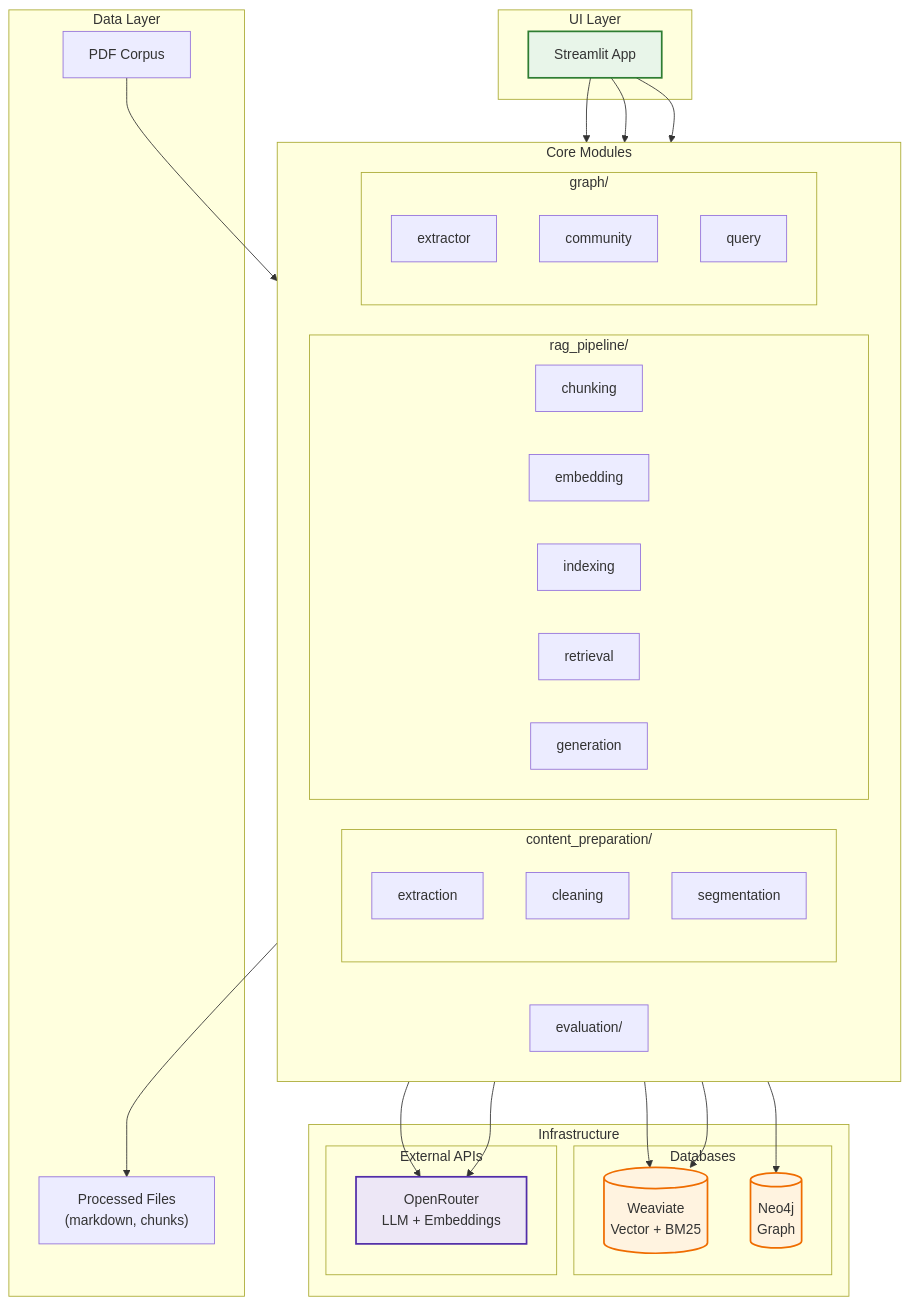
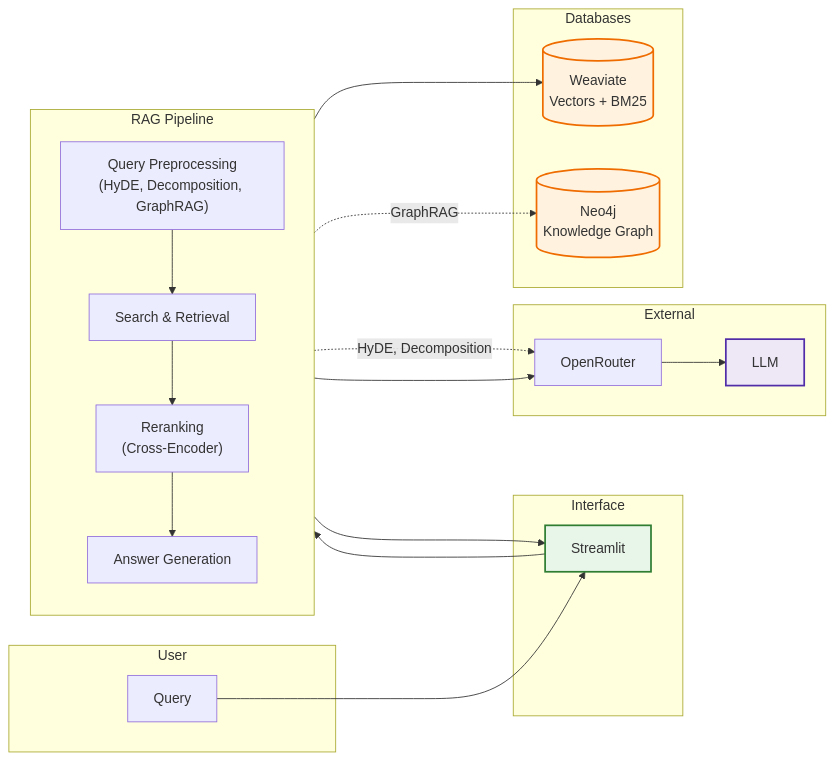
The first of 6 diagrams in README.md (crlsrmrlsz/rag1-mini), drawn with Mermaid before and after one commit. The commit also changed other lines of this file, not shown here.

Commit message:
docs(readme): simplify architecture diagram to user perspective
Replace detailed module-level diagram with user-centric view showing:
- User → Streamlit interface
- RAG Pipeline: Preprocessing → Search → Reranking → Generation
- Databases: Weaviate (vectors + BM25), Neo4j (knowledge graph)
- External: OpenRouter → LLM

Connections show:
- Search queries both Weaviate and Neo4j (GraphRAG path)
- Preprocessing calls LLM for HyDE/Decomposition
- Generation calls LLM for answer synthesis

🤖 Generated with [Claude Code](https://claude.com/claude-code)

````diff
--- a/README.md
+++ b/README.md
@@ -15,60 +15,50 @@
 ```mermaid
-flowchart TB
-    subgraph UI["UI Layer"]
-        ST["Streamlit App"]
+flowchart LR
+    subgraph USER["User"]
+        U["Query"]
     end
 
-    subgraph CORE["Core Modules"]
-        direction LR
-        subgraph PREP["content_preparation/"]
-            P1["extraction"]
-            P2["cleaning"]
-            P3["segmentation"]
-        end
-        subgraph RAG["rag_pipeline/"]
-            R1["chunking"]
-            R2["embedding"]
-            R3["indexing"]
-            R4["retrieval"]
-            R5["generation"]
-        end
-        subgraph GR["graph/"]
-            G1["extractor"]
-            G2["community"]
-            G3["query"]
-        end
-        EVAL["evaluation/"]
+    subgraph UI["Interface"]
+        ST["Streamlit"]
     end
 
-    subgraph INFRA["Infrastructure"]
-        subgraph DBS["Databases"]
-            WV[("Weaviate<br/>Vector + BM25")]
-            N4J[("Neo4j<br/>Graph")]
-        end
-        subgraph EXT["External APIs"]
-            OR["OpenRouter<br/>LLM + Embeddings"]
-        end
+    subgraph CORE["RAG Pipeline"]
+        direction TB
+        PRE["Query Preprocessing<br/>(HyDE, Decomposition, GraphRAG)"]
+        SEARCH["Search & Retrieval"]
+        RERANK["Reranking<br/>(Cross-Encoder)"]
+        GEN["Answer Generation"]
+        PRE --> SEARCH --> RERANK --> GEN
     end
 
-    subgraph DATA["Data Layer"]
-        PDF["PDF Corpus"]
-        PROC["Processed Files<br/>(markdown, chunks)"]
+    subgraph DBS["Databases"]
+        WV[("Weaviate<br/>Vectors + BM25")]
+        N4J[("Neo4j<br/>Knowledge Graph")]
     end
 
-    %% Connections
-    ST --> R4 & R5
-    ST --> EVAL
-    R3 --> WV
-    R4 --> WV
-    GR --> N4J
-    R2 --> OR
-    R5 --> OR
-    PREP --> PROC
-    PDF --> PREP
+    subgraph EXT["External"]
+        OR["OpenRouter"]
+        LLM["LLM"]
+        OR --> LLM
+    end
+
+    %% User flow
+    U --> ST --> PRE
+
+    %% Core to databases
+    SEARCH --> WV
+    SEARCH -.->|GraphRAG| N4J
+
+    %% Core to LLM
+    PRE -.->|HyDE, Decomposition| OR
+    GEN --> OR
+
+    %% Output
+    GEN --> ST
 
     %% Styling
     style ST fill:#e8f5e9,stroke:#2e7d32,stroke-width:2px
     style WV fill:#fff3e0,stroke:#ef6c00,stroke-width:2px
     style N4J fill:#fff3e0,stroke:#ef6c00,stroke-width:2px
-    style OR fill:#ede7f6,stroke:#512da8,stroke-width:2px
+    style LLM fill:#ede7f6,stroke:#512da8,stroke-width:2px
 ```
````
